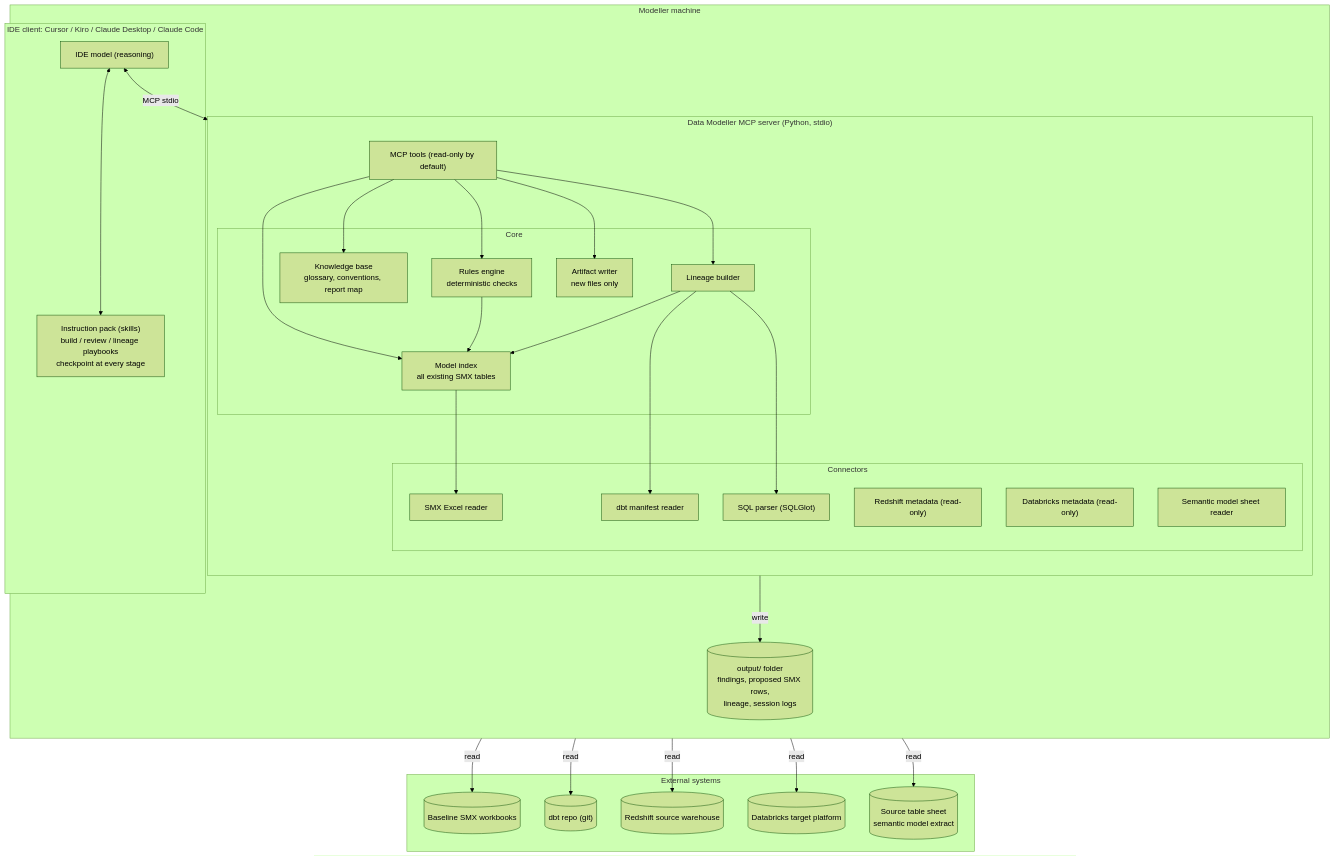
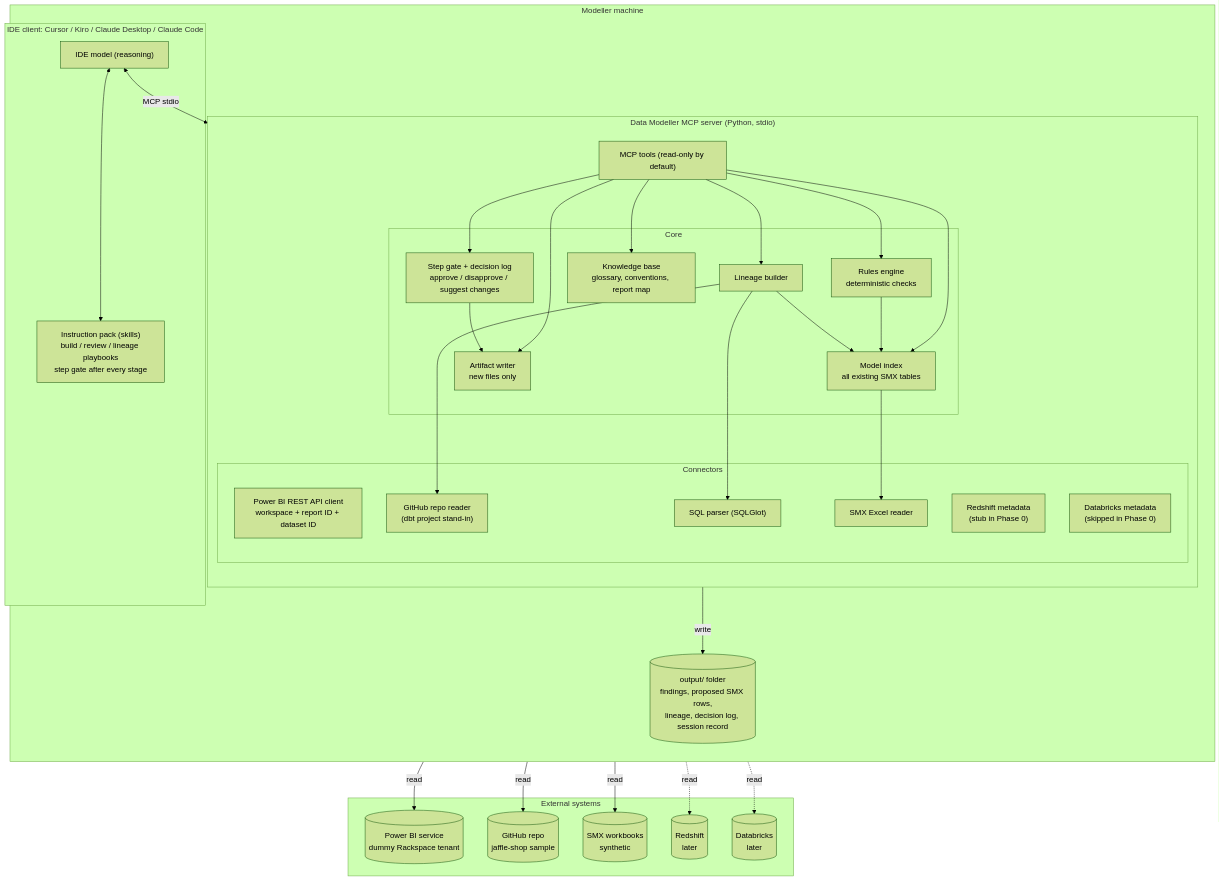
Before and after one commit to vinh-rack/data-modeller-tools: the first of 5 diagrams in docs/ARCHITECTURE.md, drawn with Mermaid (forest theme). The commit also changed other lines of this file, not shown here.

First line of the commit message:
docs(architecture): add Phase 0 plan, Power BI API integration, step gate and limitations

````diff
--- a/docs/ARCHITECTURE.md
+++ b/docs/ARCHITECTURE.md
@@ -9,62 +26,65 @@
 ```mermaid
 flowchart TB
     subgraph USER["Modeller machine"]
         direction TB
 
         subgraph IDE["IDE client: Cursor / Kiro / Claude Desktop / Claude Code"]
             LLM["IDE model (reasoning)"]
-            SKILLS["Instruction pack (skills)<br/>build / review / lineage playbooks<br/>checkpoint at every stage"]
+            SKILLS["Instruction pack (skills)<br/>build / review / lineage playbooks<br/>step gate after every stage"]
         end
 
         subgraph MCP["Data Modeller MCP server (Python, stdio)"]
             direction TB
             TOOLS["MCP tools (read-only by default)"]
 
             subgraph CORE["Core"]
+                GATE["Step gate + decision log<br/>approve / disapprove / suggest changes"]
                 RULES["Rules engine<br/>deterministic checks"]
                 INDEX["Model index<br/>all existing SMX tables"]
                 KB["Knowledge base<br/>glossary, conventions, report map"]
                 LIN["Lineage builder"]
                 WRITER["Artifact writer<br/>new files only"]
             end
 
             subgraph CONN["Connectors"]
+                PBI["Power BI REST API client<br/>workspace + report ID + dataset ID"]
+                GH["GitHub repo reader<br/>(dbt project stand-in)"]
+                SQLP["SQL parser (SQLGlot)"]
                 XL["SMX Excel reader"]
-                DBT["dbt manifest reader"]
-                SQLP["SQL parser (SQLGlot)"]
-                RS["Redshift metadata (read-only)"]
-                DBX["Databricks metadata (read-only)"]
-                PBI["Semantic model sheet reader"]
+                RS["Redshift metadata<br/>(stub in Phase 0)"]
+                DBX["Databricks metadata<br/>(skipped in Phase 0)"]
             end
         end
 
-        OUT[("output/ folder<br/>findings, proposed SMX rows,<br/>lineage, session logs")]
+        OUT[("output/ folder<br/>findings, proposed SMX rows,<br/>lineage, decision log, session record")]
     end
 
     subgraph EXT["External systems"]
-        SMX[("Baseline SMX workbooks")]
-        REPO[("dbt repo (git)")]
-        REDSHIFT[("Redshift source warehouse")]
-        DATABRICKS[("Databricks target platform")]
-        SHEET[("Source table sheet<br/>semantic model extract")]
+        PBISVC[("Power BI service<br/>dummy Rackspace tenant")]
+        REPO[("GitHub repo<br/>jaffle-shop sample")]
+        SMX[("SMX workbooks<br/>synthetic")]
+        REDSHIFT[("Redshift<br/>later")]
+        DATABRICKS[("Databricks<br/>later")]
     end
 
     LLM <--> SKILLS
     LLM <-->|"MCP stdio"| TOOLS
+    TOOLS --> GATE
     TOOLS --> RULES
     TOOLS --> INDEX
     TOOLS --> KB
     TOOLS --> LIN
     TOOLS --> WRITER
     RULES --> INDEX
     LIN --> INDEX
-    LIN --> DBT
+    LIN --> GH
     LIN --> SQLP
     INDEX --> XL
+    GATE --> WRITER
+    PBI -->|"read"| PBISVC
+    GH -->|"read"| REPO
     XL -->|"read"| SMX
-    DBT -->|"read"| REPO
-    RS -->|"read"| REDSHIFT
-    DBX -->|"read"| DATABRICKS
-    PBI -->|"read"| SHEET
+    RS -.->|"read"| REDSHIFT
+    DBX -.->|"read"| DATABRICKS
     WRITER -->|"write"| OUT
 ```
````
